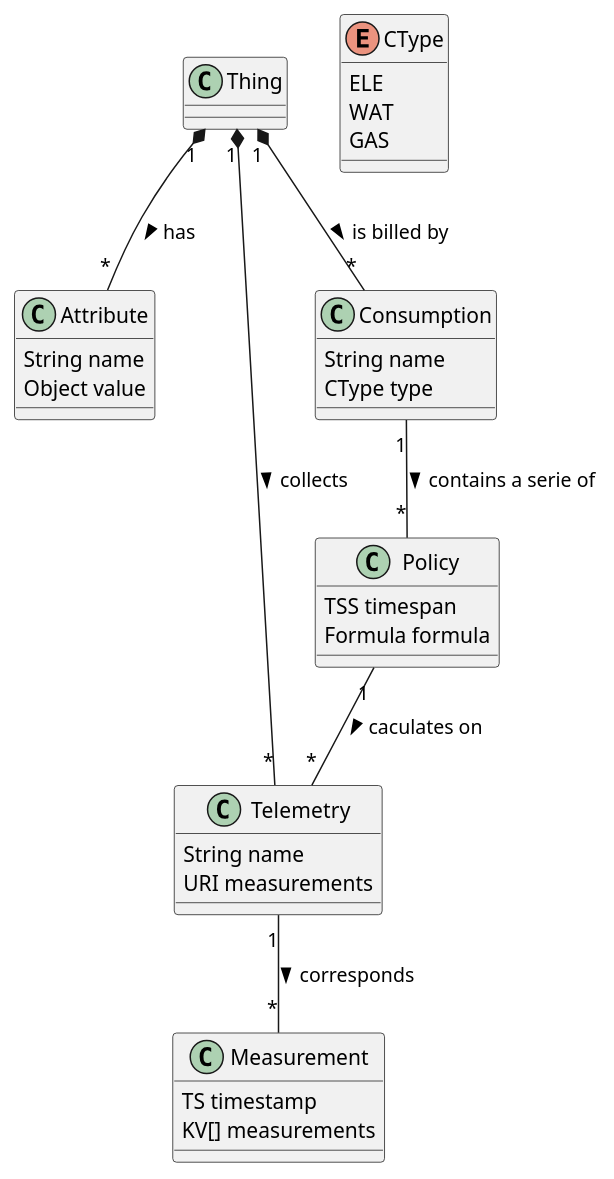
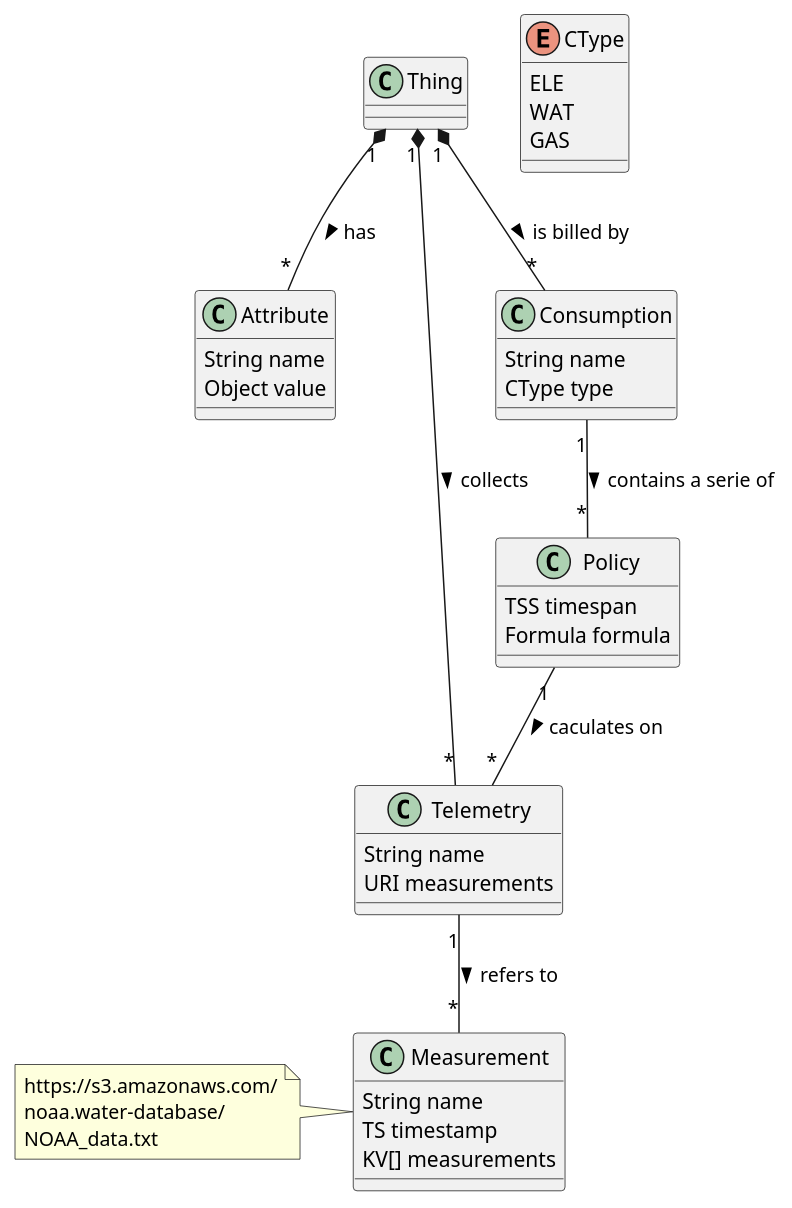
Before and after one commit to caochun/energymgr: the diagram in model2.puml, drawn with PlantUML.

Commit message:
add a note

```diff
--- a/model2.puml
+++ b/model2.puml
@@ -1,49 +1,52 @@
 @startuml
 
 class Thing
 
 class Attribute{
     String name
     Object value
 }
 
 class Telemetry{
     String name
     URI measurements
 }
 
 class Consumption{
     String name
     CType type
 }
 
 class Policy{
     TSS timespan
     Formula formula
 }
 
 class Measurement{
+    String name
     TS timestamp
     KV[] measurements
 }
+
+note left: https://s3.amazonaws.com/\nnoaa.water-database/\nNOAA_data.txt
 
 enum CType{
     ELE
     WAT
     GAS
 }
 
 
 Thing "1" *-- "*" Attribute : > has
 
 Thing "1" *-- "*" Telemetry : > collects
 
 Thing "1" *-- "*" Consumption : > is billed by
 
-Telemetry "1" -- "*" Measurement : > corresponds
+Telemetry "1" -- "*" Measurement : > refers to
 
 Consumption "1" -- "*" Policy : > contains a serie of 
 
 Policy "1" -- "*" Telemetry : > caculates on
 
 @enduml
```
